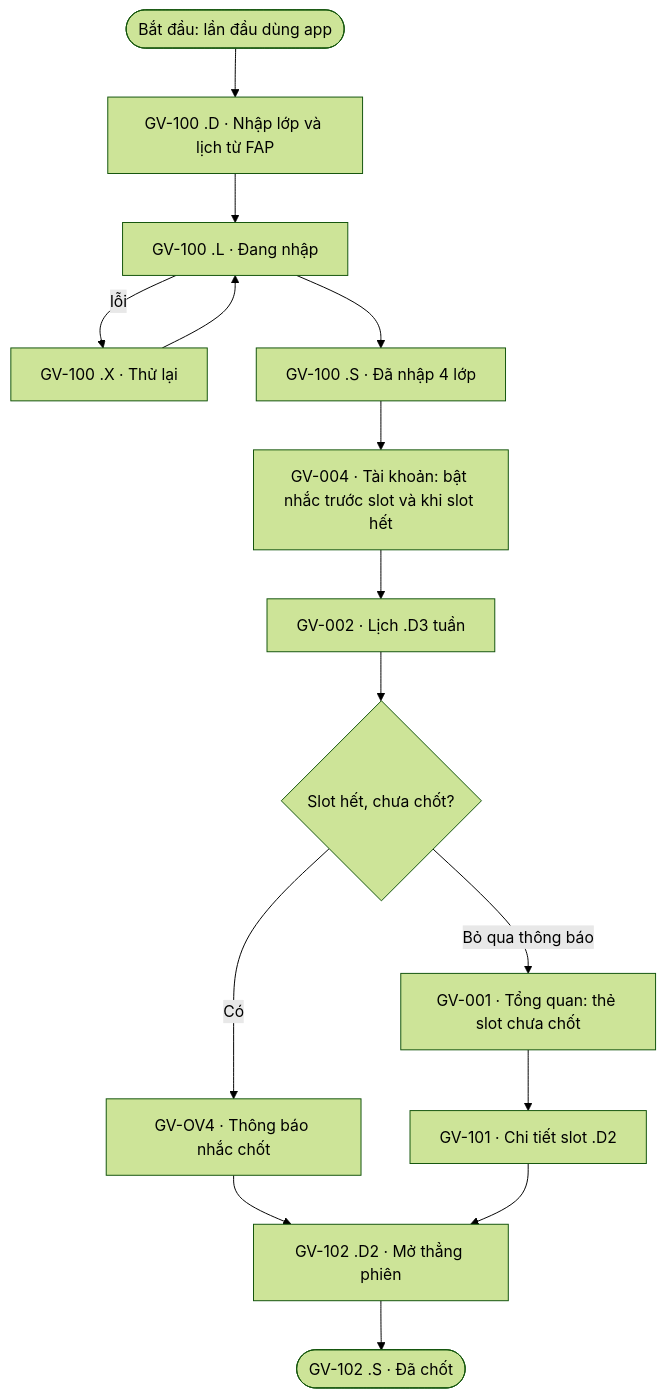
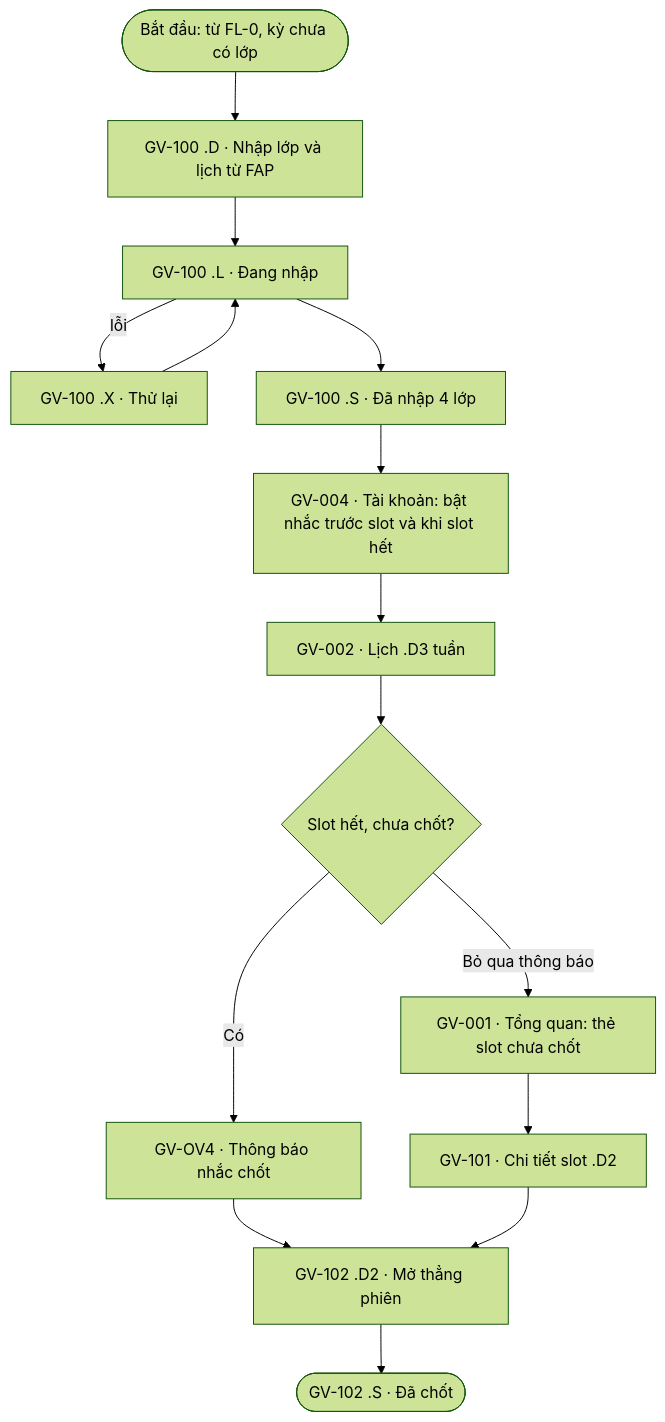
One commit to thiengthb/prm323-lab2-SE190533 changed the fourth of 6 diagrams in ux/user-flow.md. Above: the diagram before and after it, drawn with Mermaid (forest theme). The commit also changed other lines of this file and 1 other file, not shown here.

Commit message:
Figma: wireframe và user flow cho vòng đời; ghi nhật ký dựng Figma 29/10
Claude-Session: https://claude.ai/code/session_01WXAvBXKSnAq7wHmFjcrnvM

````diff
--- a/ux/user-flow.md
+++ b/ux/user-flow.md
@@ -135,16 +135,16 @@
 ```mermaid
 flowchart TD
-    A(["Bắt đầu: lần đầu dùng app"]) --> A1["GV-100 .D · Nhập lớp và lịch từ FAP"]
+    A(["Bắt đầu: từ FL-0, kỳ chưa có lớp"]) --> A1["GV-100 .D · Nhập lớp và lịch từ FAP"]
     A1 --> A2["GV-100 .L · Đang nhập"]
     A2 -->|"lỗi"| A3["GV-100 .X · Thử lại"] --> A2
     A2 --> A4["GV-100 .S · Đã nhập 4 lớp"]
     A4 --> B["GV-004 · Tài khoản: bật nhắc trước slot và khi slot hết"]
     B --> C["GV-002 · Lịch .D3 tuần"]
     C --> D{"Slot hết, chưa chốt?"}
     D -->|"Có"| E["GV-OV4 · Thông báo nhắc chốt"]
     E --> F["GV-102 .D2 · Mở thẳng phiên"]
     F --> G(["GV-102 .S · Đã chốt"])
     D -->|"Bỏ qua thông báo"| H["GV-001 · Tổng quan: thẻ slot chưa chốt"]
     H --> I["GV-101 · Chi tiết slot .D2"]
     I --> F
 ```
````
